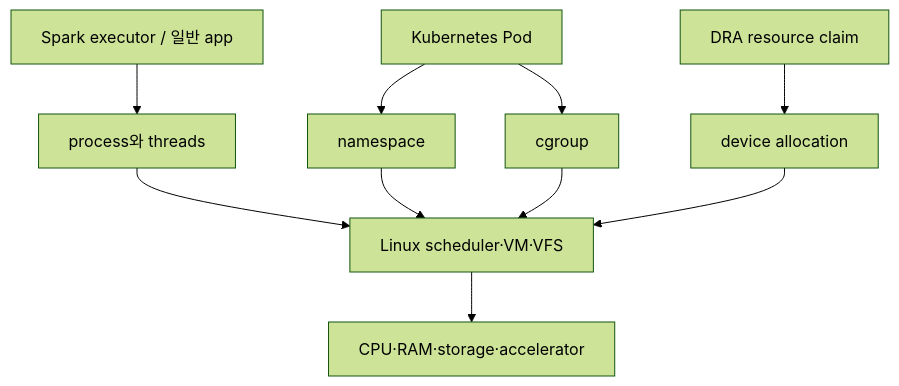
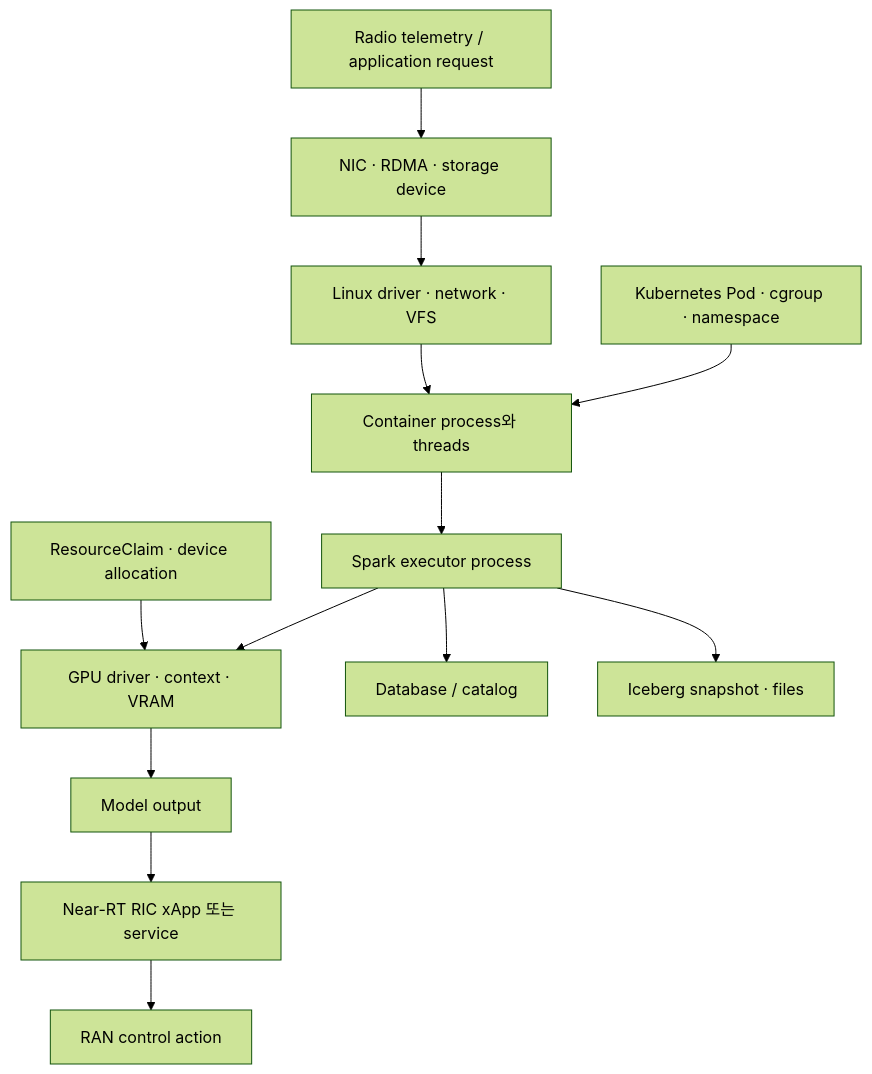
Before and after one commit to mj006648/netai-devsecops-runbook: the diagram in learning/operating-systems/11-platform-connections.md, drawn with Mermaid (forest theme). The commit also changed other lines of this file and 165 other files, not shown here.

````diff
--- a/learning/operating-systems/11-platform-connections.md
+++ b/learning/operating-systems/11-platform-connections.md
@@ -10,12 +11,15 @@
 ```mermaid
 flowchart TD
-    APP[Spark executor / 일반 app] --> P[process와 threads]
-    P --> L[Linux scheduler·VM·VFS]
-    K[Kubernetes Pod] --> N[namespace]
-    K --> C[cgroup]
-    D[DRA resource claim] --> DEV[device allocation]
-    N --> L
-    C --> L
-    DEV --> L
-    L --> HW[CPU·RAM·storage·accelerator]
+    R[Radio telemetry / application request] --> NIC[NIC · RDMA · storage device]
+    NIC --> K[Linux driver · network · VFS]
+    K --> P[Container process와 threads]
+    POD[Kubernetes Pod · cgroup · namespace] --> P
+    DRA[ResourceClaim · device allocation] --> GPU[GPU driver · context · VRAM]
+    P --> S[Spark executor process]
+    S --> DB[Database / catalog]
+    S --> ICE[Iceberg snapshot · files]
+    S --> GPU
+    GPU --> M[Model output]
+    M --> RIC[Near-RT RIC xApp 또는 service]
+    RIC --> ACT[RAN control action]
 ```
````
